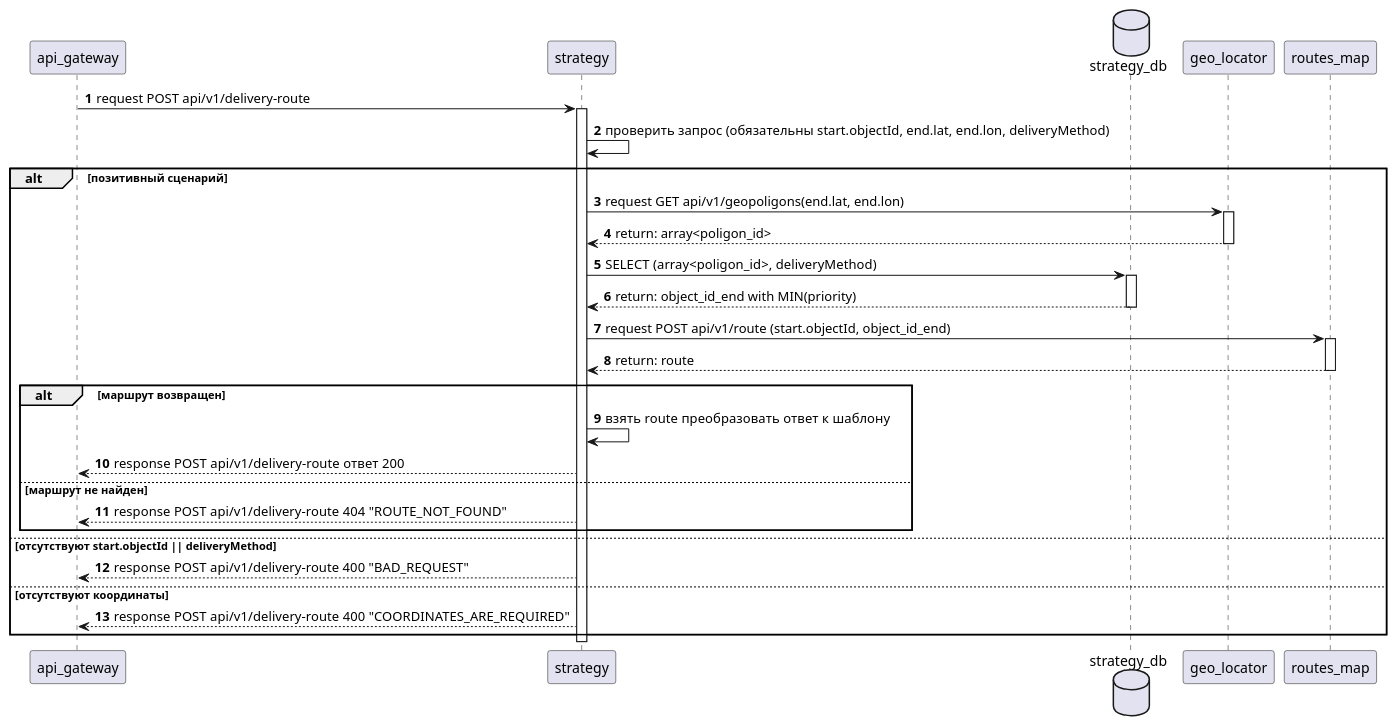
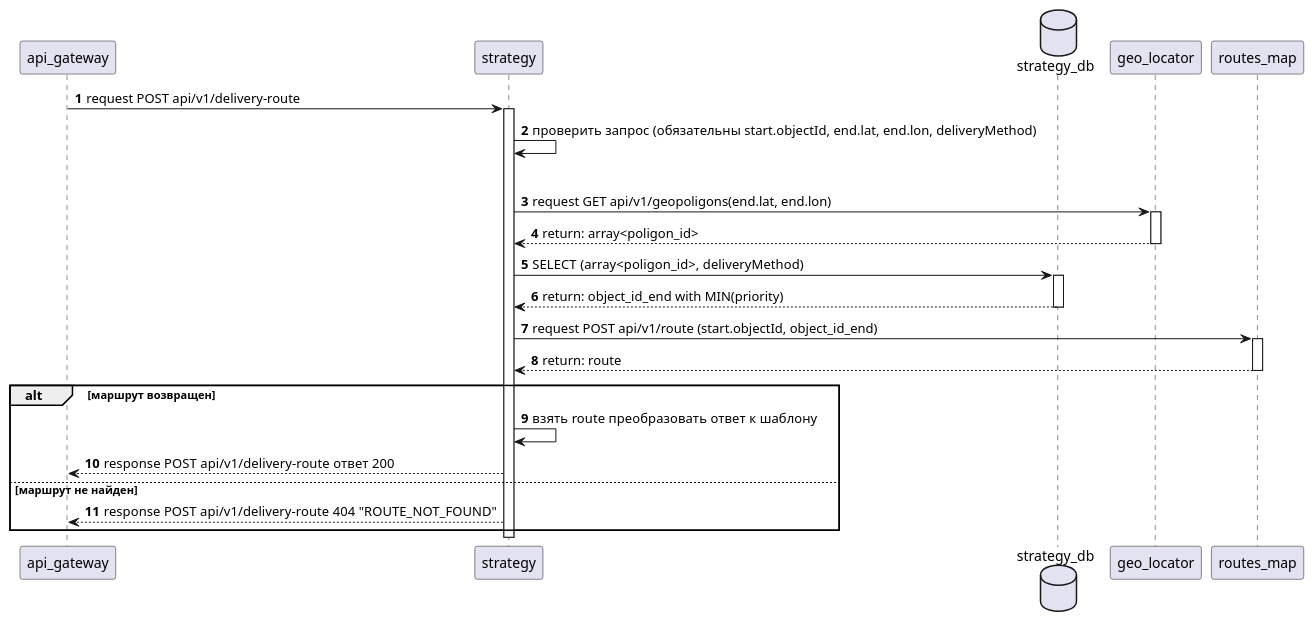
One commit to nataguseva/plantuml_speach changed the diagram in src/step_0.puml. Above: the diagram before and after it, drawn with PlantUML. The commit also changed 10 other files, not shown here.

```diff
--- a/src/step_0.puml
+++ b/src/step_0.puml
@@ -1,46 +1,37 @@
 @startuml
 'https://plantuml.com/sequence-diagram
 autonumber
-
-
-
-
 
 participant api_gateway as gw
 participant strategy as strategy
 database strategy_db as DB
 participant geo_locator as geo_locator
 participant routes_map as rm
 
 gw -> strategy: request POST api/v1/delivery-route
 
 activate strategy
 strategy->strategy: проверить запрос (обязательны  start.objectId, end.lat, end.lon, deliveryMethod)
 alt позитивный сценарий
 strategy -> geo_locator: request GET api/v1/geopoligons(end.lat, end.lon)
 activate geo_locator
 geo_locator --> strategy: return: array<poligon_id>
 deactivate geo_locator
 strategy-> DB: SELECT (array<poligon_id>,  deliveryMethod)
 activate DB
 DB-->strategy: return: object_id_end with MIN(priority)
 deactivate DB
 strategy->rm: request POST api/v1/route (start.objectId, object_id_end)
 activate rm
 rm-->strategy: return: route
 deactivate rm
 alt маршрут возвращен
 strategy->strategy: взять route  преобразовать ответ к шаблону
 
 strategy --> gw:  response POST api/v1/delivery-route  ответ 200
 else маршрут не найден
 strategy --> gw:  response POST api/v1/delivery-route  404 "ROUTE_NOT_FOUND"
 end
-else отсутствуют start.objectId || deliveryMethod
-strategy --> gw:  response POST api/v1/delivery-route  400 "BAD_REQUEST"
 
-else  отсутствуют координаты
-strategy --> gw:  response POST api/v1/delivery-route  400 "COORDINATES_ARE_REQUIRED"
-end
 deactivate strategy
 @enduml
```
